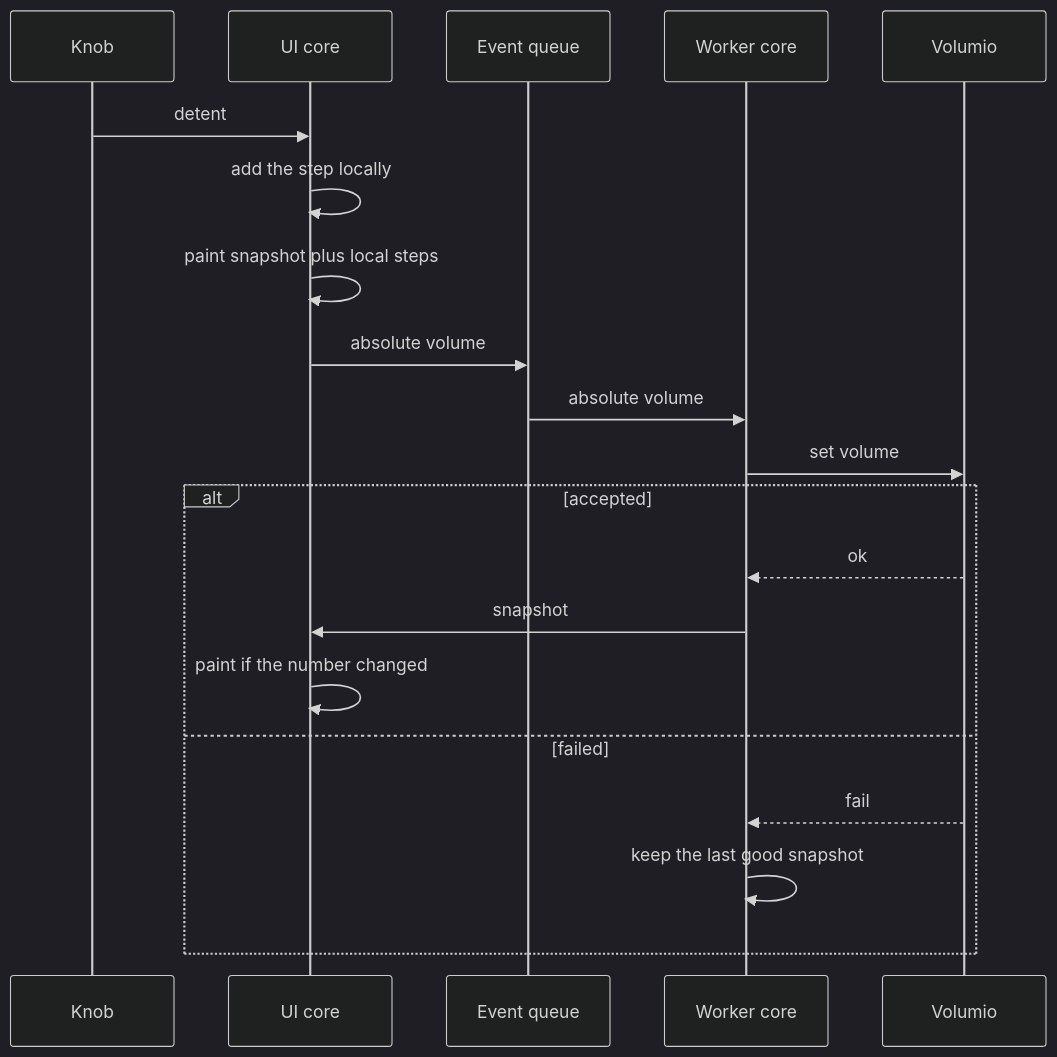
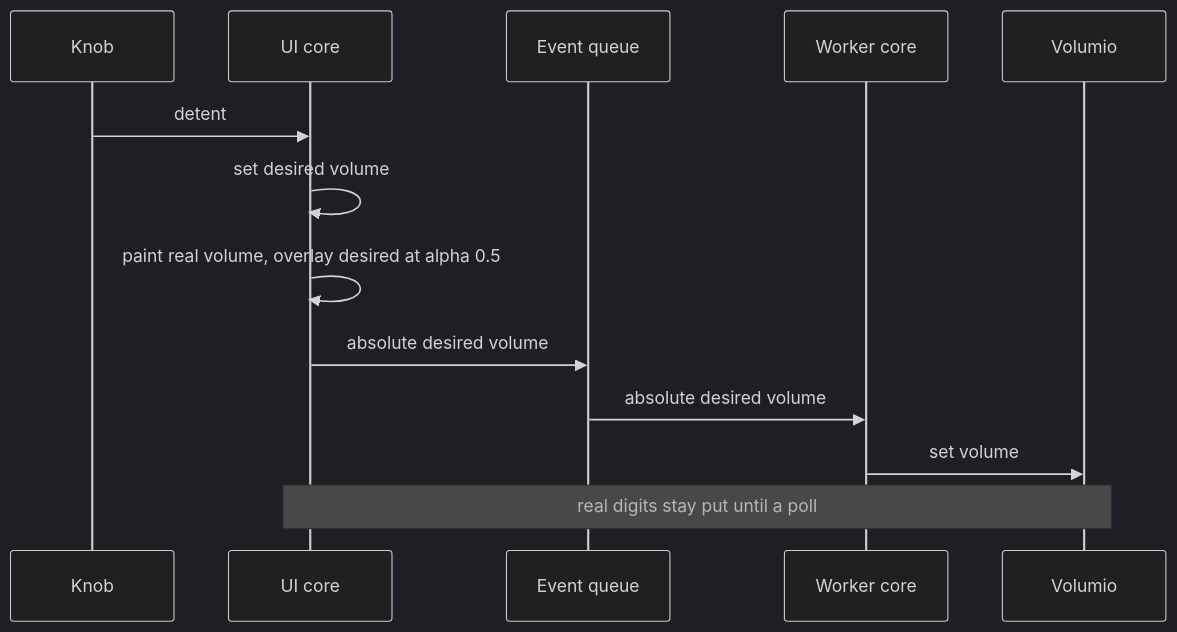
The second of 4 diagrams in spinme/DESIGN.md (jovlinger/utils), drawn with Mermaid (dark theme) before and after one commit. The commit also changed other lines of this file, not shown here.

First line of the commit message:
Treat polled volume as truth and overlay the knob target.

````diff
--- a/spinme/DESIGN.md
+++ b/spinme/DESIGN.md
@@ -37,23 +46,16 @@
 ```mermaid
 sequenceDiagram
     participant Knob
     participant UI as UI core
     participant Q as Event queue
     participant W as Worker core
     participant V as Volumio
 
     Knob->>UI: detent
-    UI->>UI: add the step locally
-    UI->>UI: paint snapshot plus local steps
-    UI->>Q: absolute volume
-    Q->>W: absolute volume
+    UI->>UI: set desired volume
+    UI->>UI: paint real volume, overlay desired at alpha 0.5
+    UI->>Q: absolute desired volume
+    Q->>W: absolute desired volume
     W->>V: set volume
-    alt accepted
-        V-->>W: ok
-        W->>UI: snapshot
-        UI->>UI: paint if the number changed
-    else failed
-        V-->>W: fail
-        W->>W: keep the last good snapshot
-    end
+    Note over UI,V: real digits stay put until a poll
 ```
````
